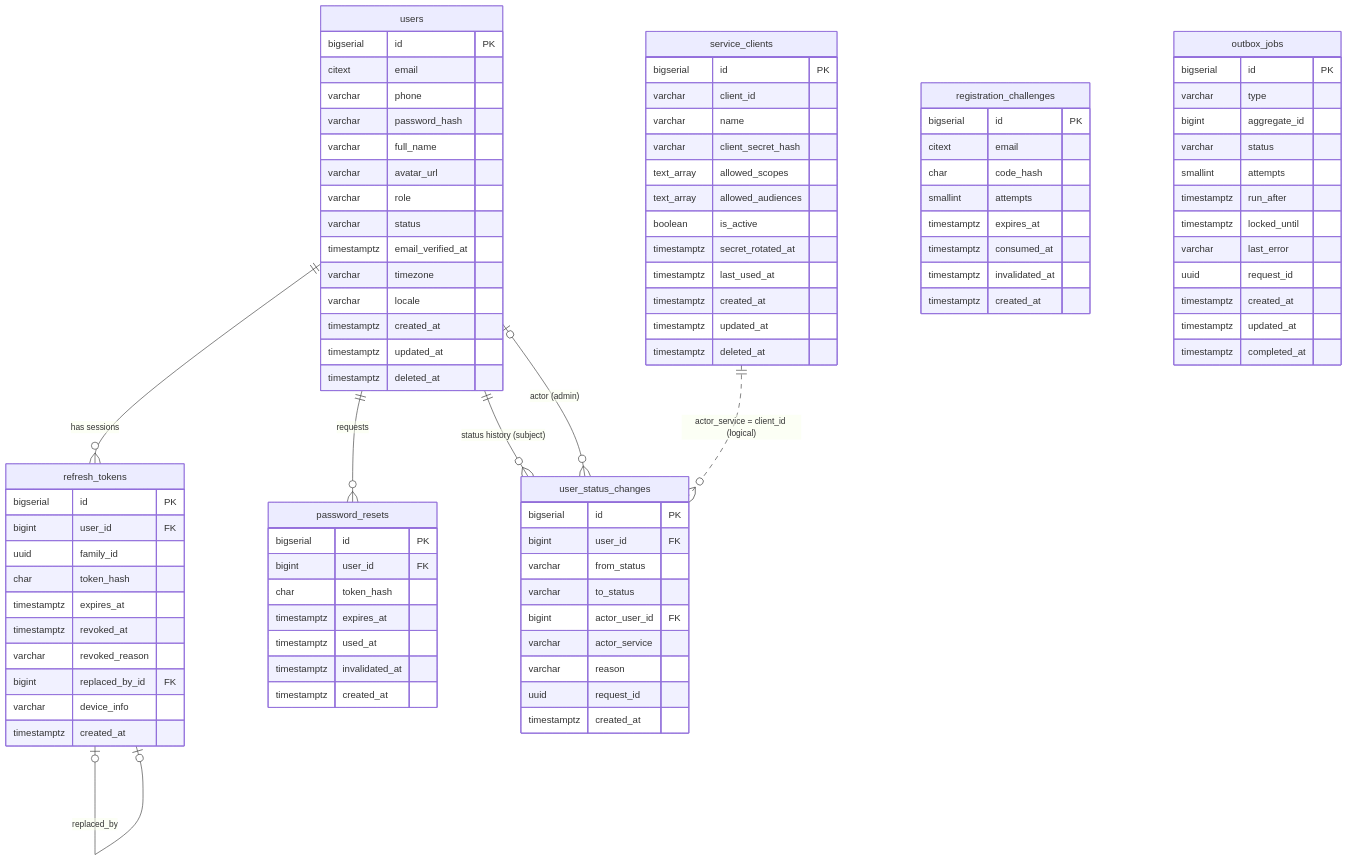
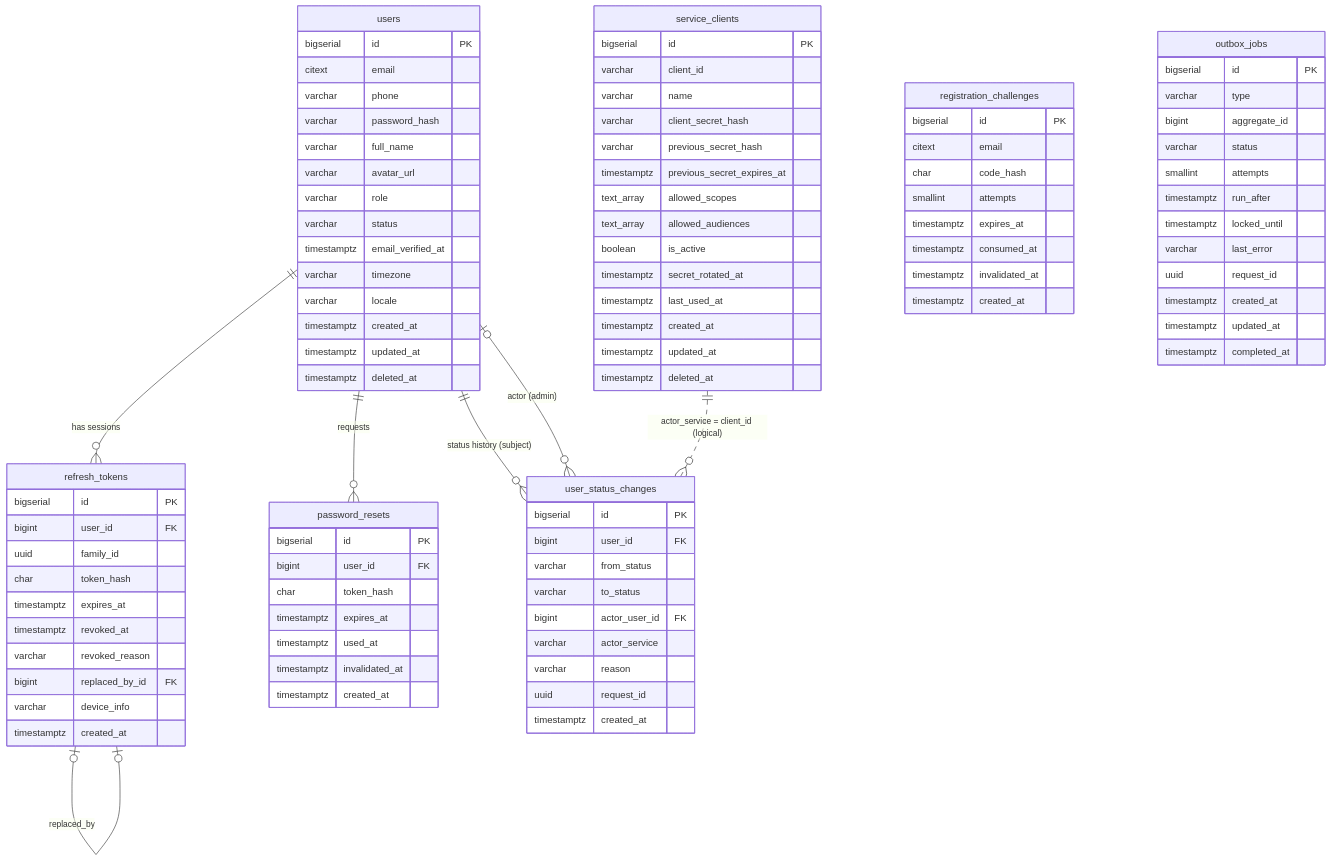
Before and after one commit to OmarRedaX/vcare-identity-api: the diagram in docs/architecture/data-model.md, drawn with Mermaid. The commit also changed other lines of this file and 64 other files, not shown here.

```diff
--- a/docs/architecture/data-model.md
+++ b/docs/architecture/data-model.md
@@ -111,6 +111,8 @@
         varchar client_id
         varchar name
         varchar client_secret_hash
+        varchar previous_secret_hash
+        timestamptz previous_secret_expires_at
         text_array allowed_scopes
         text_array allowed_audiences
         boolean is_active
```
